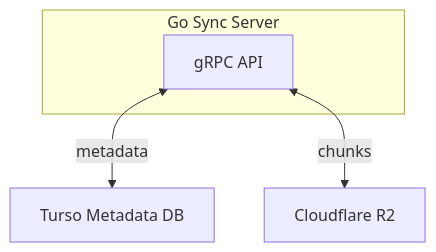
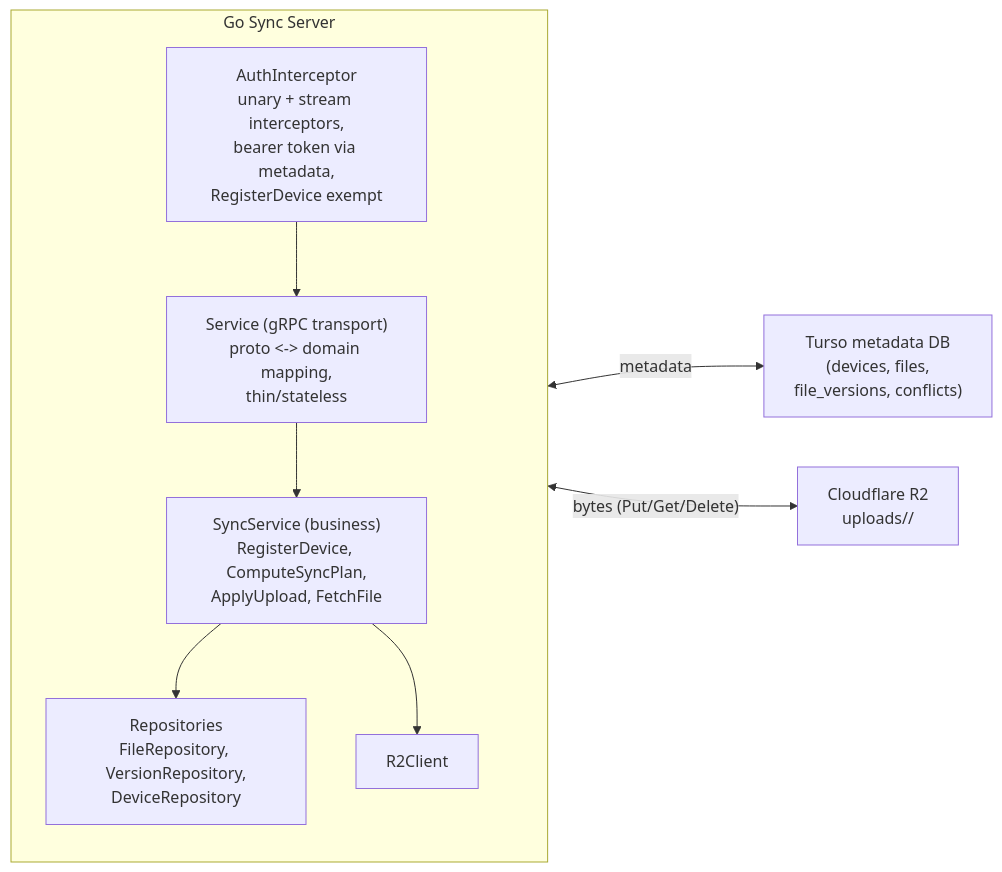
The diagram in docs/architecture/server.mmd (ShivangNagta/data_sync), drawn with Mermaid before and after one commit. The commit also changed 11 other files, not shown here.

```diff
--- a/docs/architecture/server.mmd
+++ b/docs/architecture/server.mmd
@@ -1,10 +1,20 @@
-flowchart TB
+flowchart LR
     subgraph Server["Go Sync Server"]
-        API["gRPC API"]
+        direction TB
+        Auth["AuthInterceptor<br/>unary + stream interceptors,<br/>bearer token via metadata,<br/>RegisterDevice exempt"]
+        Transport["Service (gRPC transport)<br/>proto <-> domain mapping,<br/>thin/stateless"]
+        App["SyncService (business)<br/>RegisterDevice, ComputeSyncPlan,<br/>ApplyUpload, FetchFile"]
+        Repos["Repositories<br/>FileRepository, VersionRepository,<br/>DeviceRepository"]
+        R2Client["R2Client"]
+
+        Auth --> Transport
+        Transport --> App
+        App --> Repos
+        App --> R2Client
     end
 
-    Turso["Turso Metadata DB"]
-    R2["Cloudflare R2"]
+    Turso["Turso metadata DB<br/>(devices, files,<br/>file_versions, conflicts)"]
+    R2["Cloudflare R2<br/>uploads/<file_id>/<version_id>"]
 
-    API <-->|"metadata"| Turso
-    API <-->|"chunks"| R2
+    Repos <-->|"metadata"| Turso
+    R2Client <-->|"bytes (Put/Get/Delete)"| R2
```
